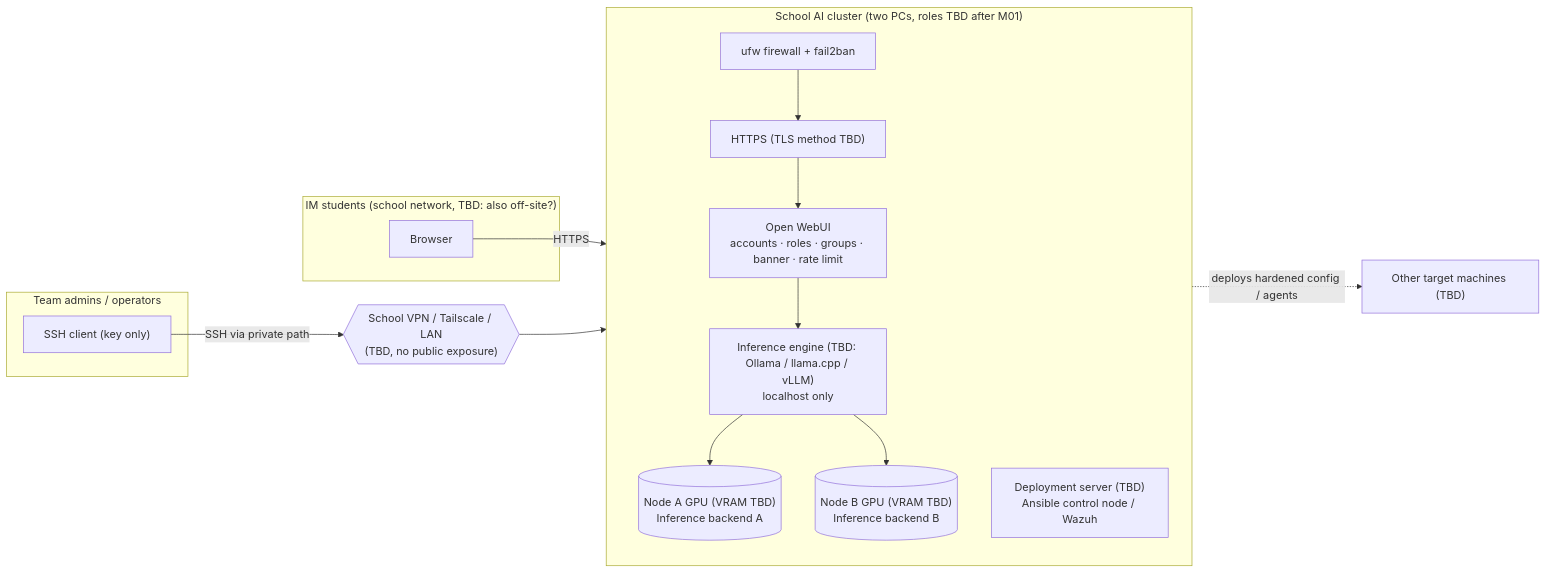
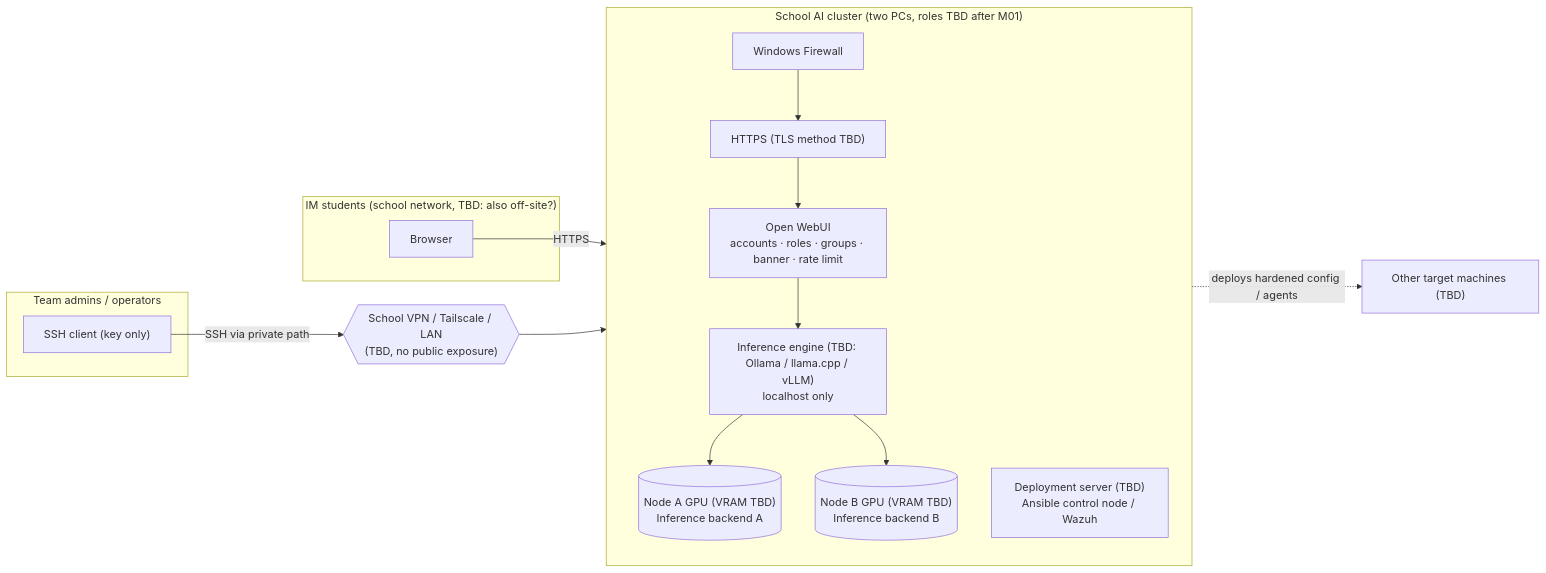
The diagram in README.md (ganya002/school-ai-server), drawn with Mermaid before and after one commit. The commit also changed other lines of this file and 30 other files, not shown here.

````diff
--- a/README.md
+++ b/README.md
@@ -48,29 +50,29 @@
 ```mermaid
 flowchart LR
     subgraph Students["IM students (school network, TBD: also off-site?)"]
         B["Browser"]
     end
     subgraph Admins["Team admins / operators"]
         A["SSH client (key only)"]
     end
 
     subgraph Server["School AI cluster (two PCs, roles TBD after M01)"]
         direction TB
-        FW["ufw firewall + fail2ban"]
+        FW["Windows Firewall"]
         PROXY["HTTPS (TLS method TBD)"]
         UI["Open WebUI<br/>accounts · roles · groups · banner · rate limit"]
         ENG["Inference engine (TBD: Ollama / llama.cpp / vLLM)<br/>localhost only"]
         GPUA[("Node A GPU (VRAM TBD)<br/>Inference backend A")]
         GPUB[("Node B GPU (VRAM TBD)<br/>Inference backend B")]
         ANS["Deployment server (TBD)<br/>Ansible control node / Wazuh"]
         FW --> PROXY --> UI --> ENG
         ENG --> GPUA
         ENG --> GPUB
     end
 
     VPN{{"School VPN / Tailscale / LAN<br/>(TBD, no public exposure)"}}
 
     B -- "HTTPS" --> FW
     A -- "SSH via private path" --> VPN --> FW
     ANS -. "deploys hardened config / agents" .-> T["Other target machines (TBD)"]
 ```
````
